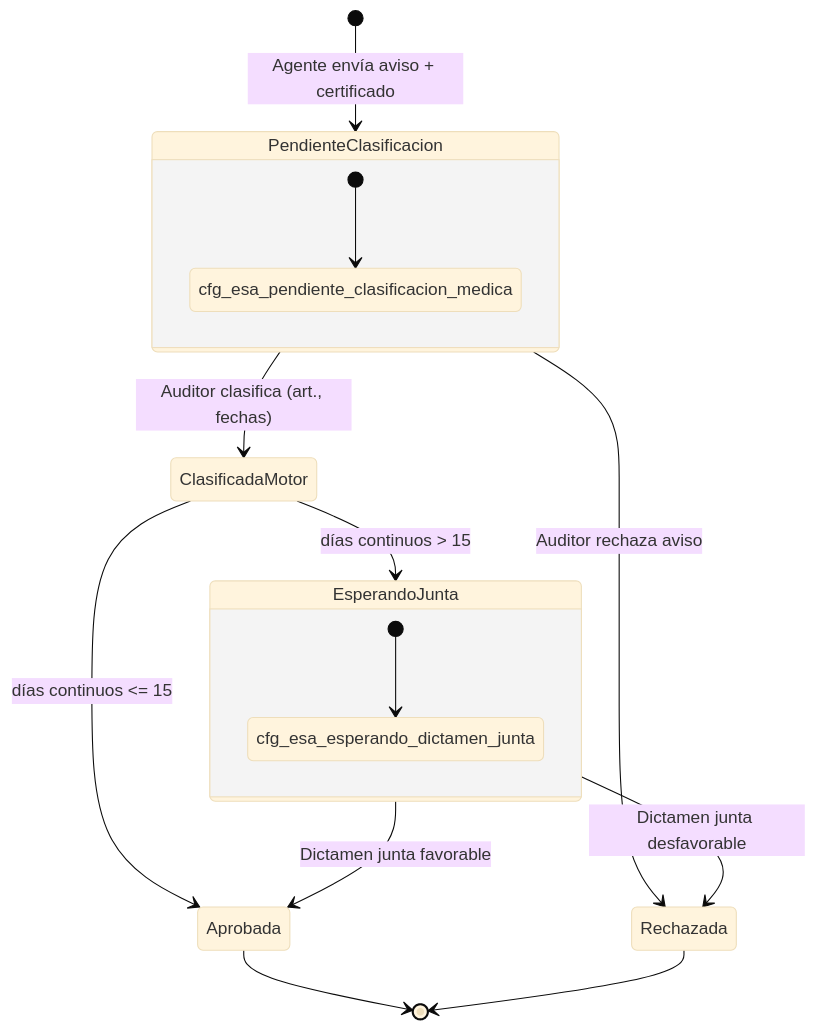
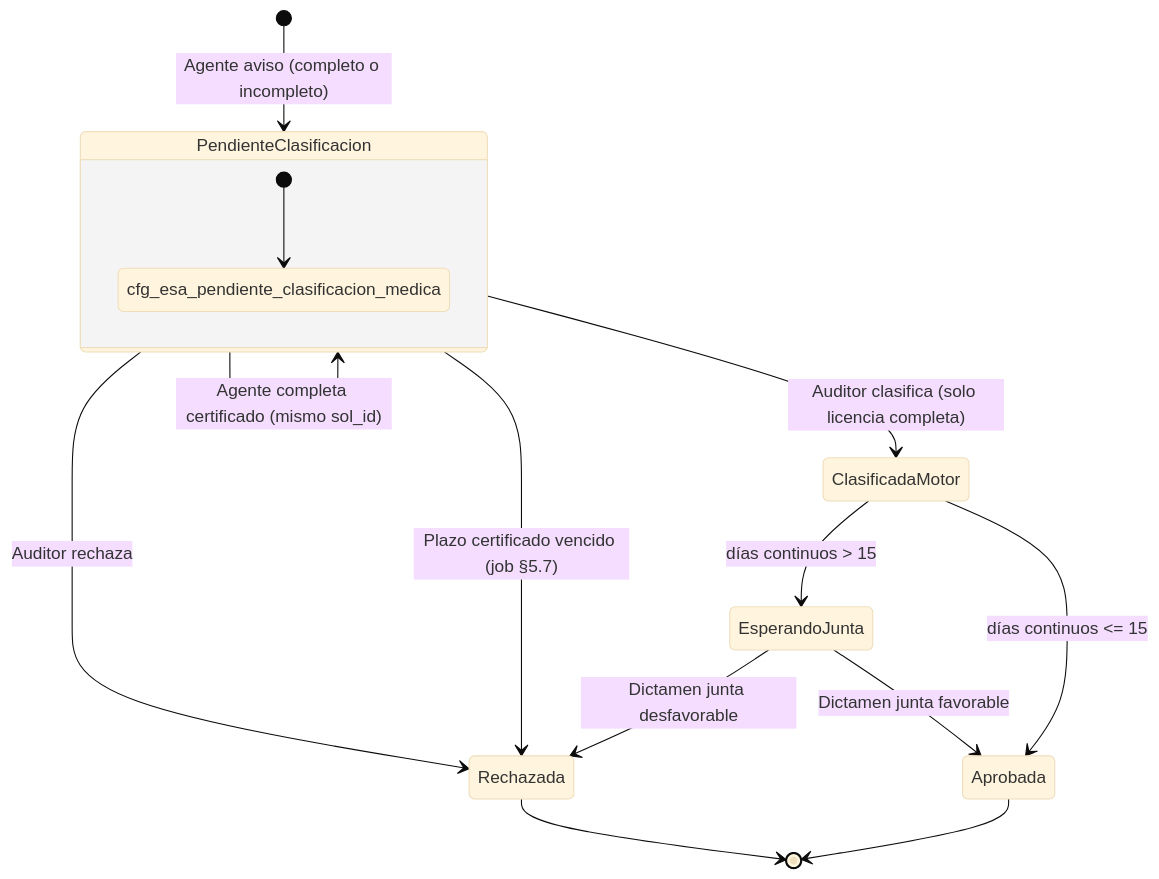
One commit to jorgemosto1981/portal-hospital-v2 changed the diagram in docs/v2/RFC_TICKETERA_SLICE_MEDICO_CAJA_NEGRA_V2.md. Above: the diagram before and after it, drawn with Mermaid (base theme). The commit also changed other lines of this file and 2 other files, not shown here.

Commit message:
docs(1919): addendum licencia incompleta Caja Negra y plazos configurables

````diff
--- a/docs/v2/RFC_TICKETERA_SLICE_MEDICO_CAJA_NEGRA_V2.md
+++ b/docs/v2/RFC_TICKETERA_SLICE_MEDICO_CAJA_NEGRA_V2.md
@@ -116,20 +172,19 @@
 ```mermaid
 stateDiagram-v2
   direction TB
-  [*] --> PendienteClasificacion: Agente envía aviso + certificado
-  PendienteClasificacion --> Rechazada: Auditor rechaza aviso
-  PendienteClasificacion --> ClasificadaMotor: Auditor clasifica (art., fechas)
+  [*] --> PendienteClasificacion: Agente aviso (completo o incompleto)
+  PendienteClasificacion --> PendienteClasificacion: Agente completa certificado (mismo sol_id)
+  PendienteClasificacion --> Rechazada: Plazo certificado vencido (job §5.7)
+  PendienteClasificacion --> Rechazada: Auditor rechaza
+  PendienteClasificacion --> ClasificadaMotor: Auditor clasifica (solo licencia completa)
   ClasificadaMotor --> EsperandoJunta: días continuos > 15
   ClasificadaMotor --> Aprobada: días continuos <= 15
   EsperandoJunta --> Rechazada: Dictamen junta desfavorable
   EsperandoJunta --> Aprobada: Dictamen junta favorable
   Aprobada --> [*]
   Rechazada --> [*]
 
   state PendienteClasificacion {
     [*] --> cfg_esa_pendiente_clasificacion_medica
   }
-  state EsperandoJunta {
-    [*] --> cfg_esa_esperando_dictamen_junta
-  }
 ```
````
